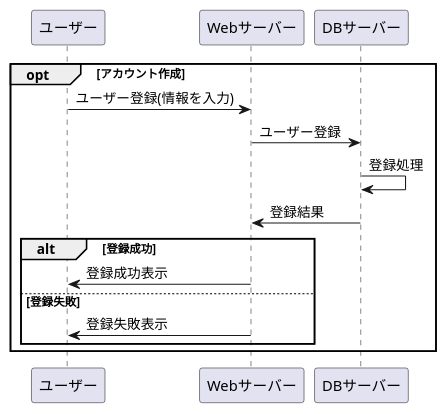
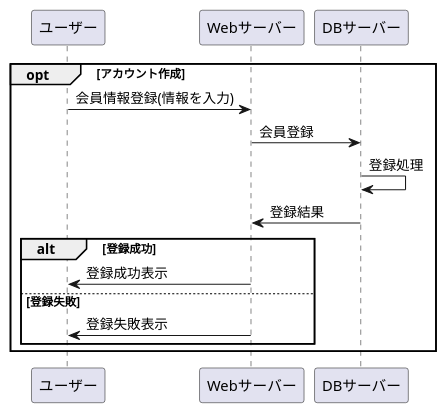
The diagram in stationary/業務フロー/アカウント作成.md (Aso2001154/2021sys-design), drawn with PlantUML before and after one commit.

````diff
--- a/stationary/業務フロー/アカウント作成.md
+++ b/stationary/業務フロー/アカウント作成.md
@@ -1,18 +1,18 @@
 ```uml
 @startuml
 
 opt アカウント作成
-ユーザー -> Webサーバー : ユーザー登録(情報を入力)
-Webサーバー -> DBサーバー : ユーザー登録
+ユーザー -> Webサーバー : 会員情報登録(情報を入力)
+Webサーバー -> DBサーバー : 会員登録
 DBサーバー -> DBサーバー : 登録処理
 DBサーバー -> Webサーバー : 登録結果
 
 alt 登録成功
 Webサーバー -> ユーザー : 登録成功表示
 else 登録失敗
 Webサーバー -> ユーザー : 登録失敗表示
 end
 end
 
 @enduml
 ```
````
